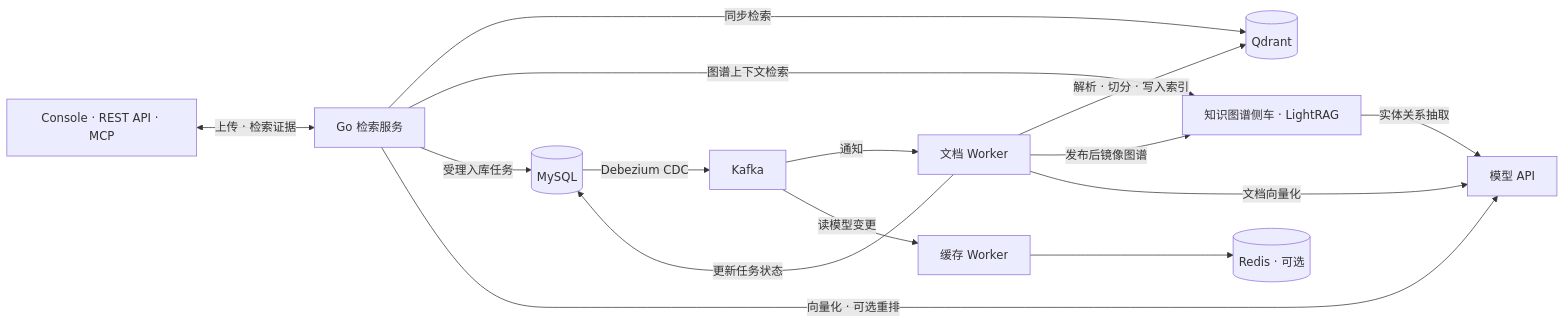
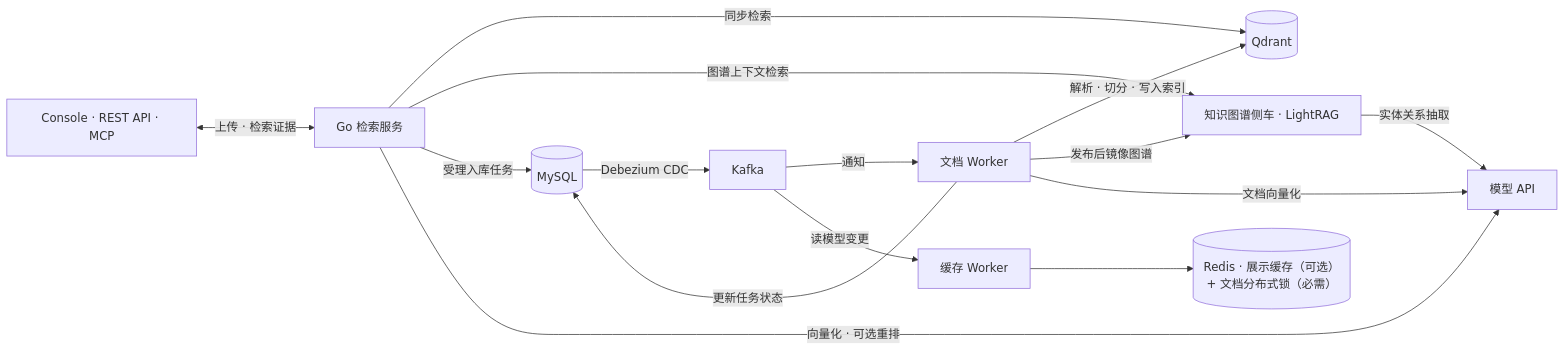
Before and after one commit to Guan0923/Praxis-RAG: the diagram in README.md, drawn with Mermaid. The commit also changed other lines of this file and 32 other files, not shown here.

````diff
--- a/README.md
+++ b/README.md
@@ -29,17 +29,17 @@
 ```mermaid
 flowchart LR
     Client["Console · REST API · MCP"] <-->|"上传 · 检索证据"| Service["Go 检索服务"]
     Service -->|"同步检索"| Qdrant[(Qdrant)]
     Service -->|"图谱上下文检索"| Graph["知识图谱侧车 · LightRAG"]
     Graph -->|"实体关系抽取"| Model["模型 API"]
     Service -->|"受理入库任务"| MySQL[(MySQL)]
     MySQL -->|"Debezium CDC"| Kafka["Kafka"]
     Kafka -->|"通知"| Worker["文档 Worker"]
     Worker -->|"解析 · 切分 · 写入索引"| Qdrant
     Worker -->|"发布后镜像图谱"| Graph
     Worker -->|"更新任务状态"| MySQL
     Service -->|"向量化 · 可选重排"| Model["模型 API"]
     Worker -->|"文档向量化"| Model
     Kafka -->|"读模型变更"| Cache["缓存 Worker"]
-    Cache --> Redis[("Redis · 可选")]
+    Cache --> Redis[("Redis · 展示缓存（可选）+ 文档分布式锁（必需）")]
 ```
````
